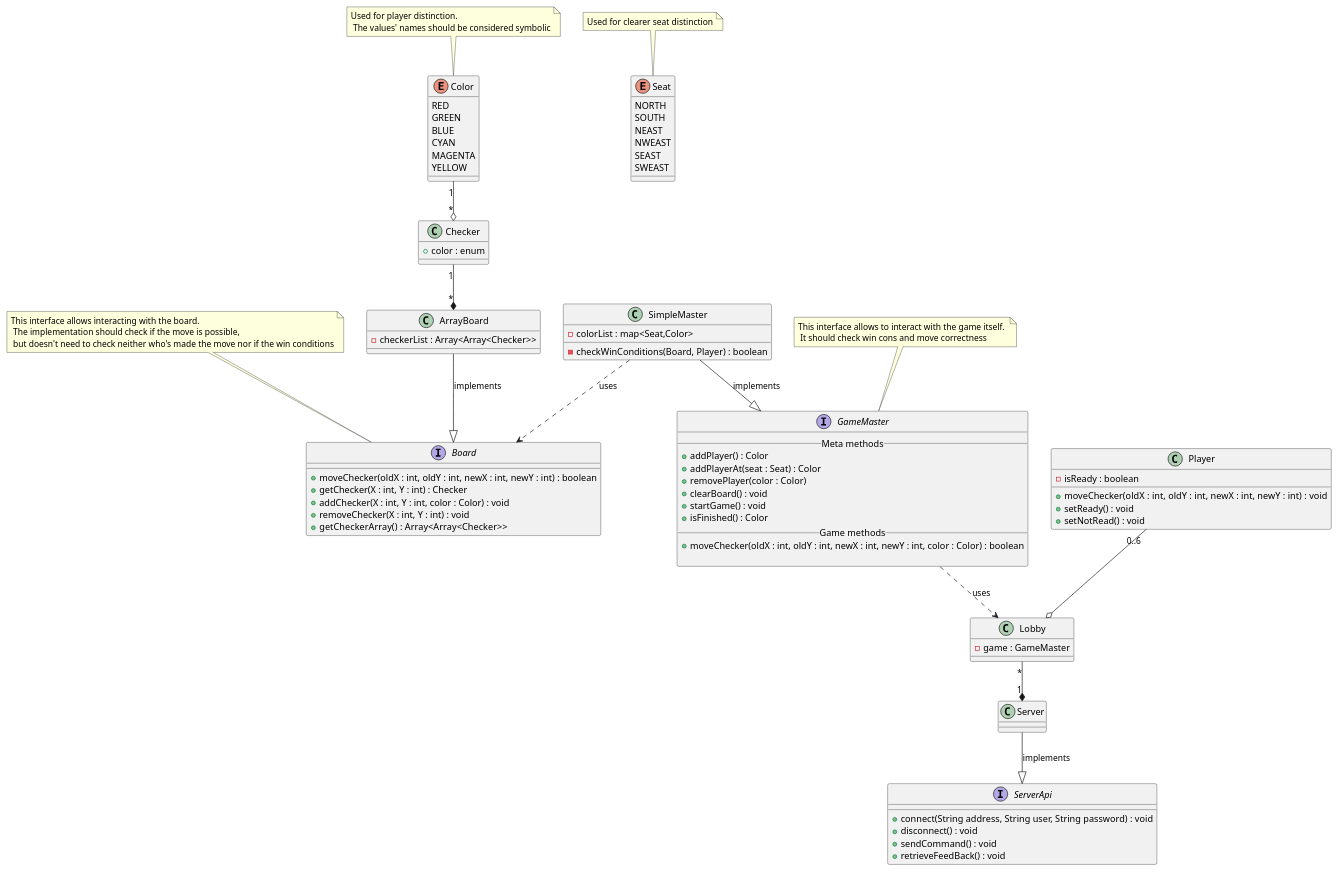
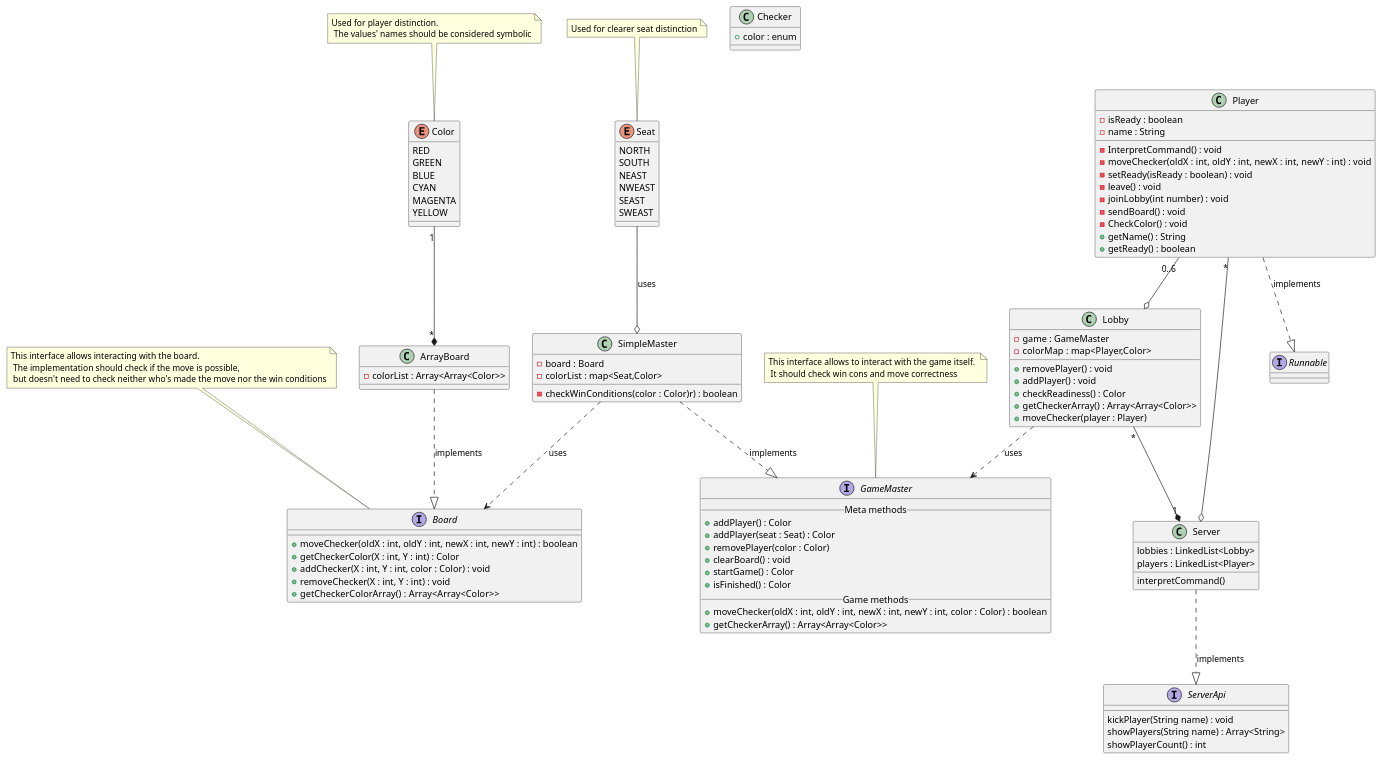
Before and after one commit to norbert791/TPlista5: the diagram in diagrams/Server.puml, drawn with PlantUML. The commit also changed 10 other files, not shown here.

First line of the commit message:
Modified diagrams and started implementing stable server classes and interfaces

```diff
--- a/diagrams/Server.puml
+++ b/diagrams/Server.puml
@@ -1,102 +1,121 @@
 @startuml
 'https://plantuml.com/class-diagram
 
-note "This interface allows interacting with the board. \n The implementation should check if the move is possible, \n but doesn't need to check neither who's made the move nor if the win conditions" as BoardNote
+note "This interface allows interacting with the board. \n The implementation should check if the move is possible, \n but doesn't need to check neither who's made the move nor the win conditions" as BoardNote
 note "This interface allows to interact with the game itself. \n It should check win cons and move correctness" as GMnote
 note "Used for player distinction. \n The values' names should be considered symbolic" as ClNote
 note "Used for clearer seat distinction" as Snote
 
 GMnote .. GameMaster
 BoardNote .. Board
 ClNote .. Color
 Snote .. Seat
 
 interface ServerApi
 interface Board
+interface Runnable
 class Checker
 class Server
 class ArrayBoard
 class SimpleMaster
 class GameMaster
 class Lobby
 enum Color
 enum Seat
 
-Server --|> ServerApi : implements
-Checker "1" --* "*" ArrayBoard
-ArrayBoard --|> Board : implements
-GameMaster ..>  Lobby : uses
-SimpleMaster --|> GameMaster : implements
+Server ..|> ServerApi : implements
+Color "1" --* "*" ArrayBoard
+ArrayBoard ..|> Board : implements
+Lobby ..> GameMaster : uses
+SimpleMaster ..|> GameMaster : implements
 SimpleMaster ..> Board : uses
-Color "1" --o "*" Checker
-'Color "1" --o "1" Player
+Seat --o SimpleMaster : uses
 Lobby "*" --* "1" Server
 Player "0..6" --o Lobby
+Player "*" --o Server
+Player ..|> Runnable : implements
 
 class Checker{
    + color : enum
 }
 
 class Player{
     -isReady : boolean
-    +moveChecker(oldX : int, oldY : int, newX : int, newY : int)  : void
-    +setReady() : void
-    +setNotRead() : void
+    -name : String
+    -InterpretCommand() : void
+    -moveChecker(oldX : int, oldY : int, newX : int, newY : int)  : void
+    -setReady(isReady : boolean) : void
+    -leave() : void
+    -joinLobby(int number) : void
+    -sendBoard() : void
+    -CheckColor() : void
+    +getName() : String
+    +getReady() : boolean
 }
-
 class ArrayBoard{
-    - checkerList : Array<Array<Checker>>
+    -colorList : Array<Array<Color>>
 }
 
 interface Board{
     +moveChecker(oldX : int, oldY : int, newX : int, newY : int) : boolean
-    +getChecker(X : int, Y : int) : Checker
+    +getCheckerColor(X : int, Y : int) : Color
     +addChecker(X : int, Y : int, color : Color) : void
     +removeChecker(X : int, Y : int) : void
-    +getCheckerArray() :  Array<Array<Checker>>
+    +getCheckerColorArray() :  Array<Array<Color>>
 }
 
 interface GameMaster{
     __Meta methods__
    + addPlayer() : Color
-   + addPlayerAt(seat : Seat) : Color
+   + addPlayer(seat : Seat) : Color
    + removePlayer(color : Color)
    + clearBoard() : void
-   + startGame() : void
+   + startGame() : Color
    + isFinished() : Color
    __Game methods__
    + moveChecker(oldX : int, oldY : int, newX : int, newY : int, color : Color) : boolean
-
+   + getCheckerArray() : Array<Array<Color>>
 }
 'For further consideration
 interface ServerApi{
-    +connect(String address, String user, String password) : void
-    +disconnect() : void
-    +sendCommand() : void
-    +retrieveFeedBack() : void
+    kickPlayer(String name) : void
+    showPlayers(String name) : Array<String>
+    showPlayerCount() : int
 }
 class SimpleMaster{
+    -board : Board
     -colorList : map<Seat,Color>
-    -checkWinConditions(Board, Player) : boolean
+    -checkWinConditions(color : Color)r) : boolean
 }
 class Lobby{
     -game : GameMaster
+    -colorMap : map<Player,Color>
+    +removePlayer() : void
+    +addPlayer() : void
+    +checkReadiness() : Color
+    +getCheckerArray() : Array<Array<Color>>
+    +moveChecker(player : Player)
+}
+class Server{
+    lobbies : LinkedList<Lobby>
+    players : LinkedList<Player>
+    interpretCommand()
 }
 enum Color{
     RED
     GREEN
     BLUE
     CYAN
     MAGENTA
     YELLOW
 }
 enum Seat{
     NORTH
     SOUTH
     NEAST
     NWEAST
     SEAST
     SWEAST
 }
 
 @enduml
```
